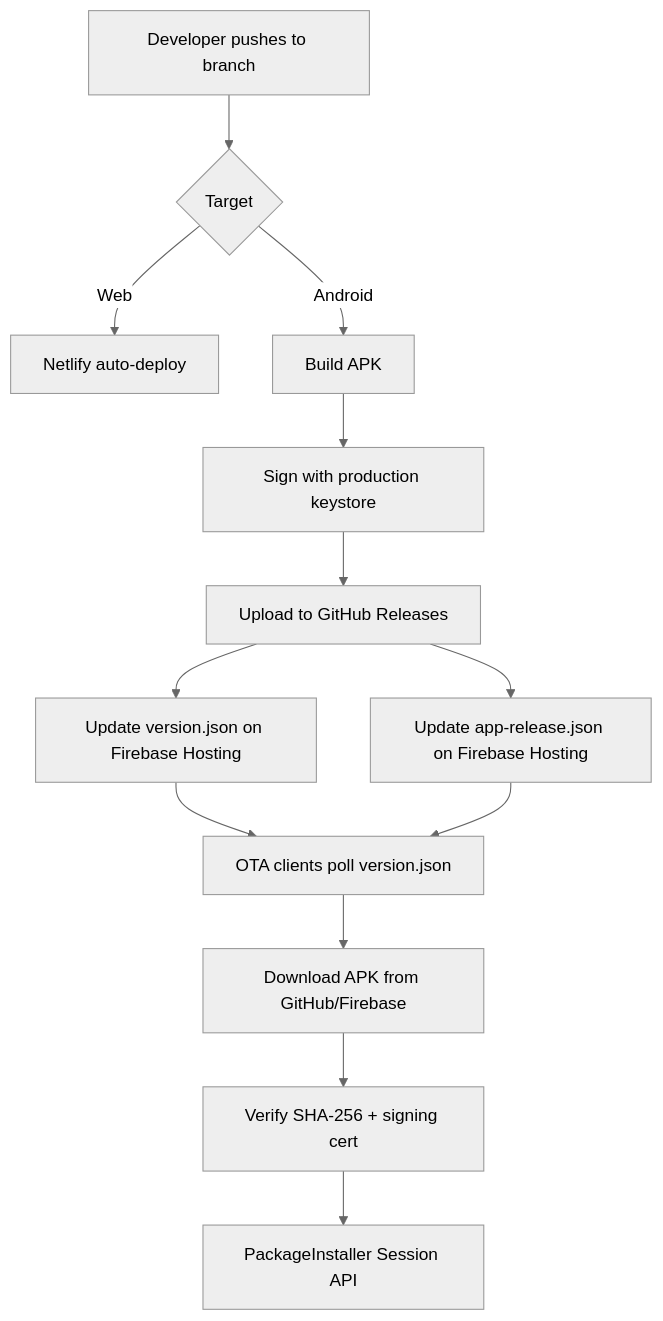
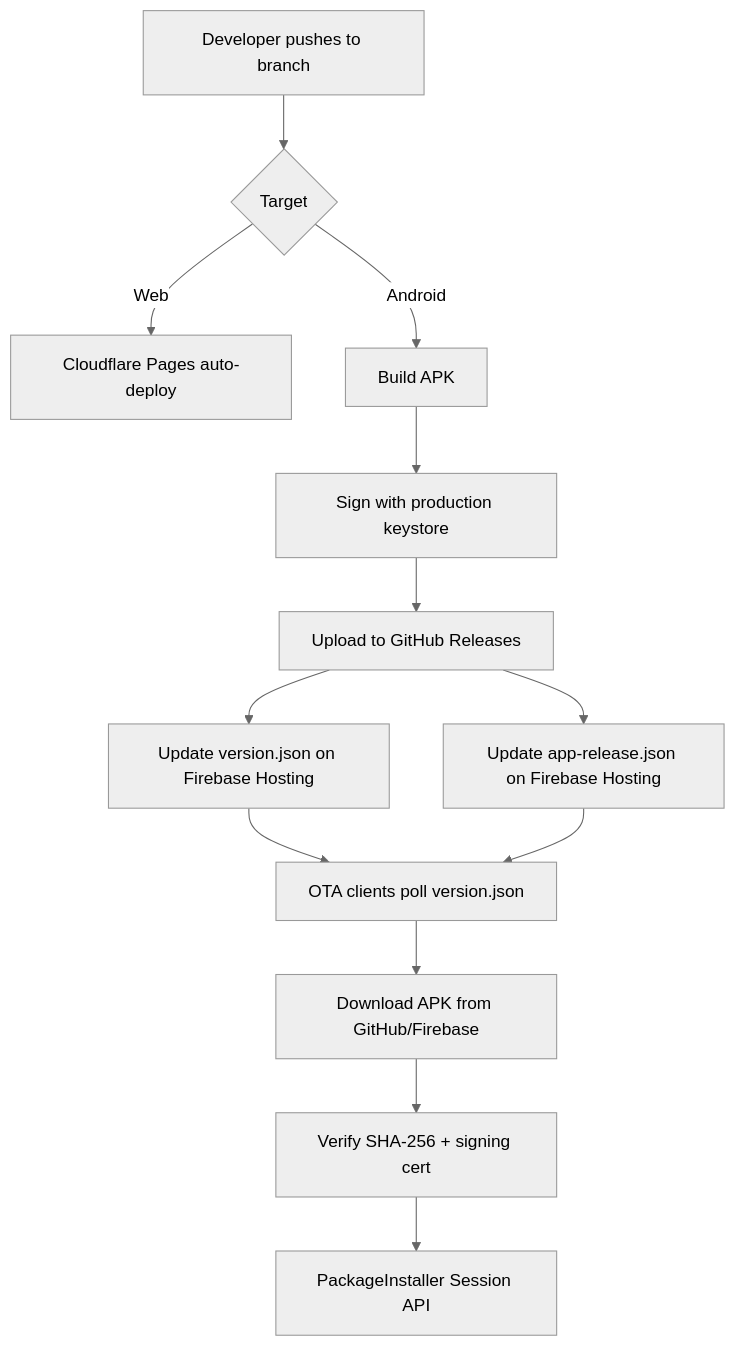
The diagram in docs/architecture/release-pipeline.md (MAGEXE1000/Livex), drawn with Mermaid (neutral theme) before and after one commit. The commit also changed other lines of this file and 26 other files, not shown here.

Commit message:
chore(web): disconnect netlify and complete cloudflare pages migration

````diff
--- a/docs/architecture/release-pipeline.md
+++ b/docs/architecture/release-pipeline.md
@@ -138,15 +138,15 @@
 ```mermaid
 graph TD
     A["Developer pushes to branch"] --> B{Target}
-    B -->|Web| C["Netlify auto-deploy"]
+    B -->|Web| C["Cloudflare Pages auto-deploy"]
     B -->|Android| D["Build APK"]
     D --> E["Sign with production keystore"]
     E --> F["Upload to GitHub Releases"]
     F --> G["Update version.json on Firebase Hosting"]
     F --> H["Update app-release.json on Firebase Hosting"]
     G --> I["OTA clients poll version.json"]
     H --> I
     I --> J["Download APK from GitHub/Firebase"]
     J --> K["Verify SHA-256 + signing cert"]
     K --> L["PackageInstaller Session API"]
 ```
````
